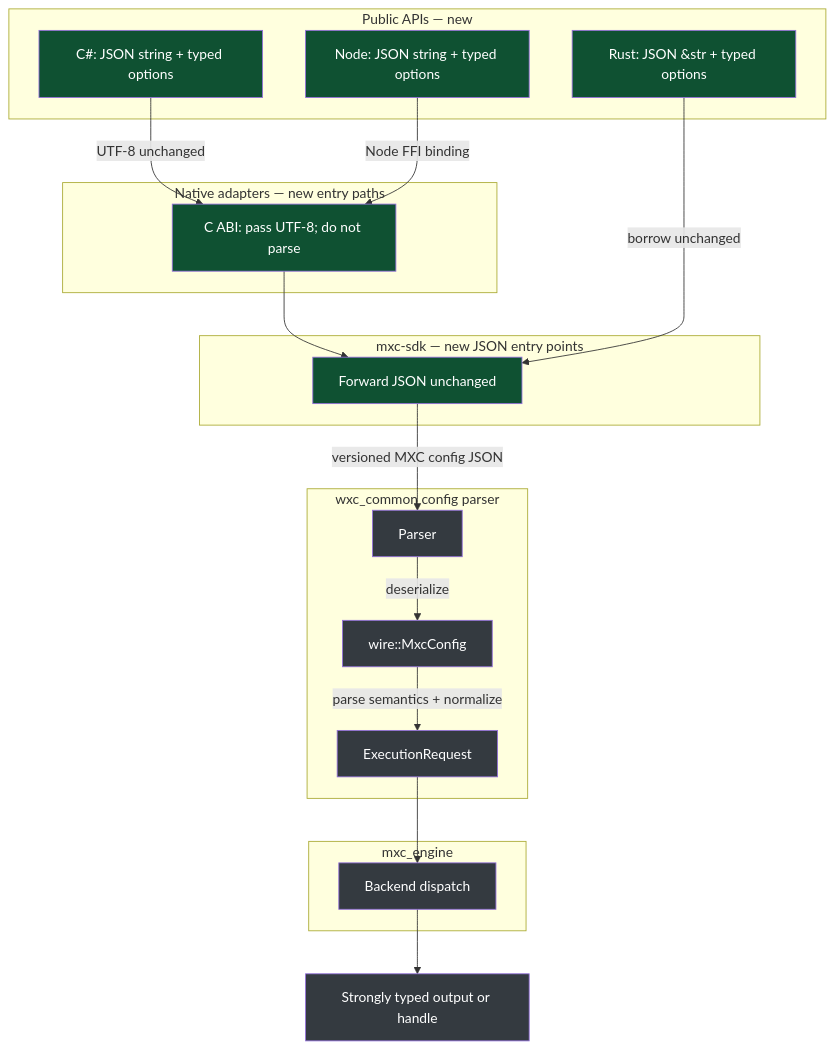
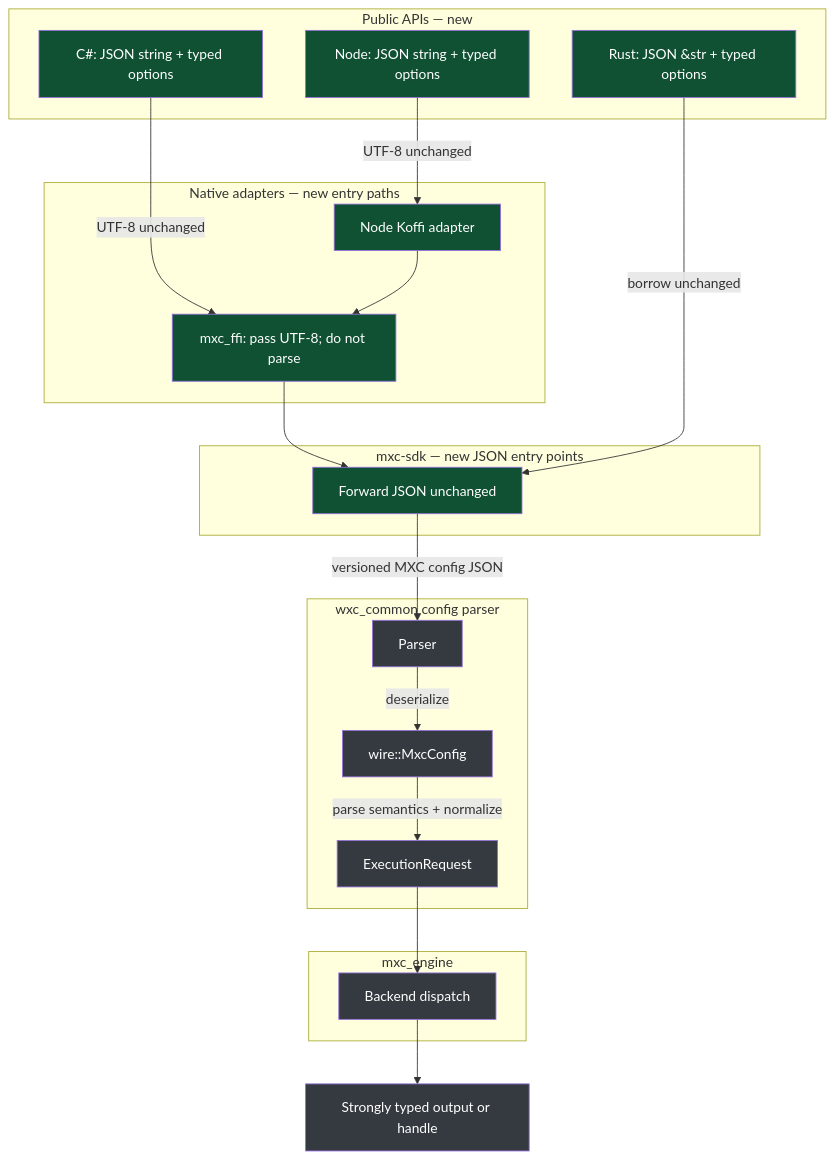
Before and after one commit to microsoft/mxc: the second of 2 diagrams in docs/design/json-first-one-shot-sandbox-apis.md, drawn with Mermaid. The commit also changed other lines of this file, not shown here.

First line of the commit message:
Refine JSON-first Node adapter proposal

````diff
--- a/docs/design/json-first-one-shot-sandbox-apis.md
+++ b/docs/design/json-first-one-shot-sandbox-apis.md
@@ -56,35 +57,36 @@
 ```mermaid
 flowchart TB
     subgraph API["Public APIs — new"]
         RR[Rust: JSON &str + typed options]
         CC[C#: JSON string + typed options]
         NN[Node: JSON string + typed options]
     end
     subgraph AD["Native adapters — new entry paths"]
-        FF[C ABI: pass UTF-8; do not parse]
+        KF[Node Koffi adapter]
+        FF[mxc_ffi: pass UTF-8; do not parse]
     end
     subgraph SDK["mxc-sdk — new JSON entry points"]
         JJ[Forward JSON unchanged]
     end
     subgraph CP["wxc_common config parser"]
         Q[Parser]
         WM[wire::MxcConfig]
         ER[ExecutionRequest]
     end
     subgraph ENG["mxc_engine"]
         DD[Backend dispatch]
     end
 
     CC -->|UTF-8 unchanged| FF --> JJ
-    NN -->|Node FFI binding| FF
+    NN -->|UTF-8 unchanged| KF --> FF
     RR -->|borrow unchanged| JJ
     JJ -->|versioned MXC config JSON| Q
     Q -->|deserialize| WM
     WM -->|parse semantics + normalize| ER
     ER --> DD
     DD --> OO[Strongly typed output or handle]
     classDef new fill:#0f5132,color:#fff
     classDef same fill:#343a40,color:#fff
-    class RR,CC,NN,FF,JJ new
+    class RR,CC,NN,KF,FF,JJ new
     class Q,WM,ER,DD,OO same
 ```
````
